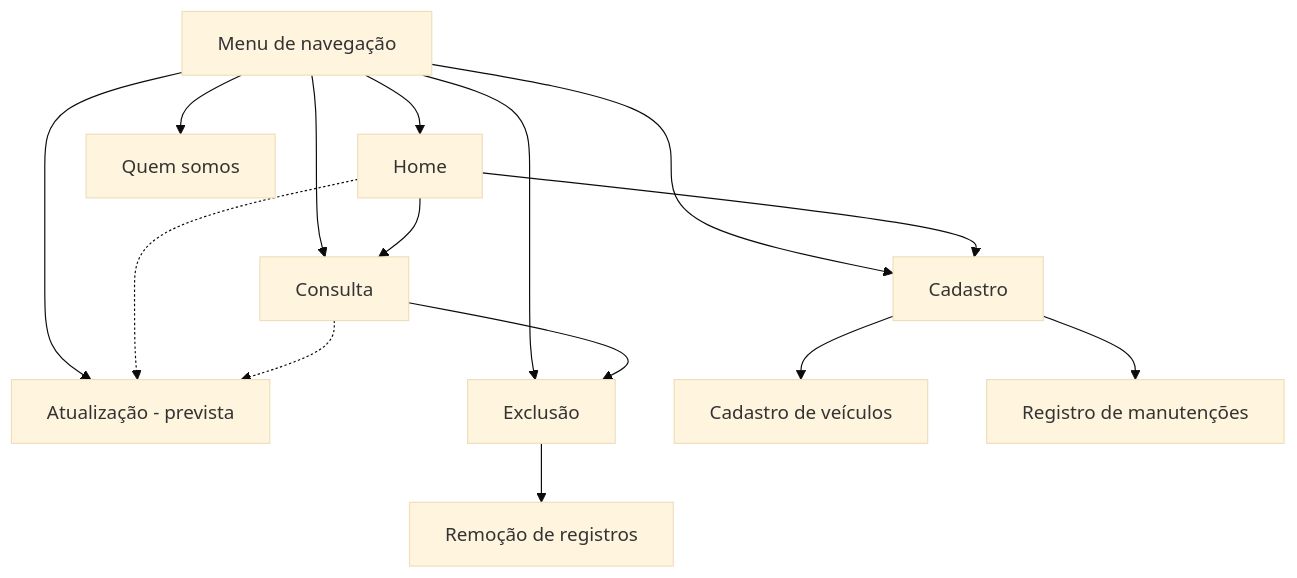
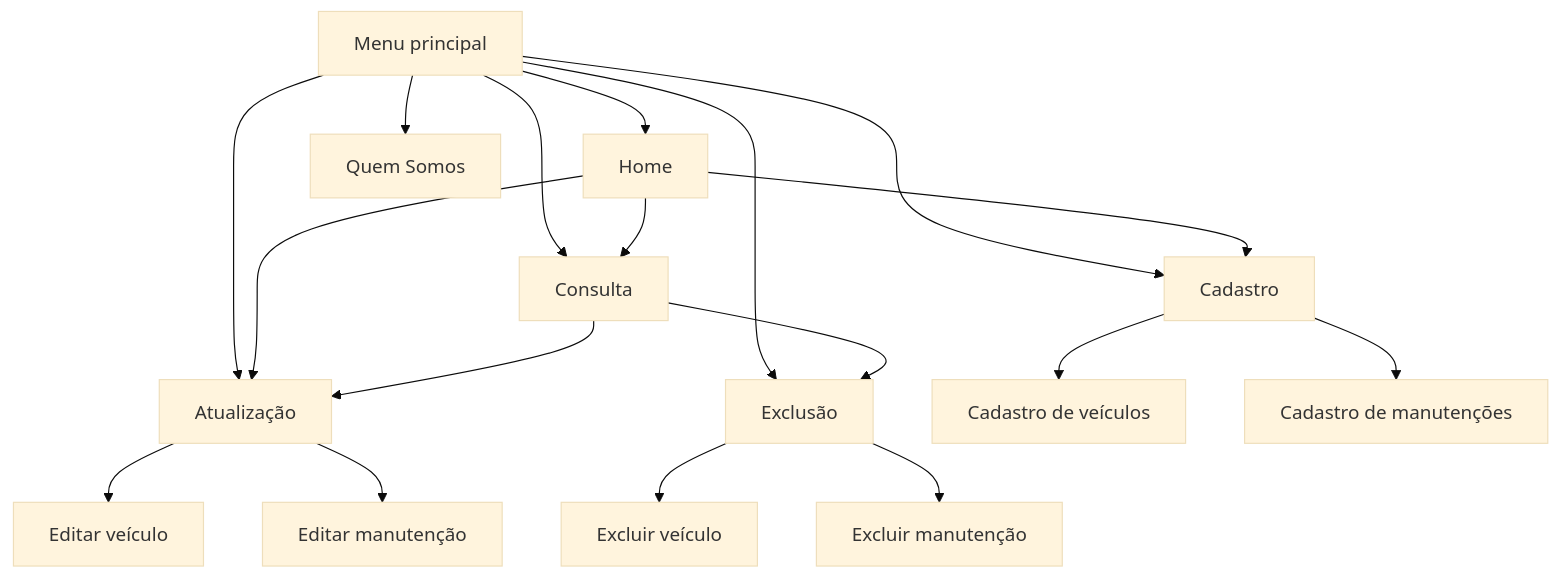
The second of 3 diagrams in README.md (lh2703/trabalho-dev-web), drawn with Mermaid (base theme) before and after one commit. The commit also changed other lines of this file, not shown here.

````diff
--- a/README.md
+++ b/README.md
@@ -109,21 +120,25 @@
 ```mermaid
 flowchart TD
-    N[Menu de navegação] --> H[Home]
-    N --> Q[Quem somos]
-    N --> C[Cadastro]
-    N --> R[Consulta]
-    N --> U[Atualização - prevista]
-    N --> D[Exclusão]
+    A[Menu principal] --> B[Home]
+    A --> C[Quem Somos]
+    A --> D[Cadastro]
+    A --> E[Consulta]
+    A --> F[Atualização]
+    A --> G[Exclusão]
 
-    H --> C
-    H --> R
-    H -.-> U
+    B --> D
+    B --> E
+    B --> F
 
-    R -.-> U
-    R --> D
+    D --> H[Cadastro de veículos]
+    D --> I[Cadastro de manutenções]
 
-    C --> V[Cadastro de veículos]
-    C --> M[Registro de manutenções]
+    E --> F
+    E --> G
 
-    D --> E[Remoção de registros]
+    F --> J[Editar veículo]
+    F --> K[Editar manutenção]
+
+    G --> L[Excluir veículo]
+    G --> M[Excluir manutenção]
 ```
````
